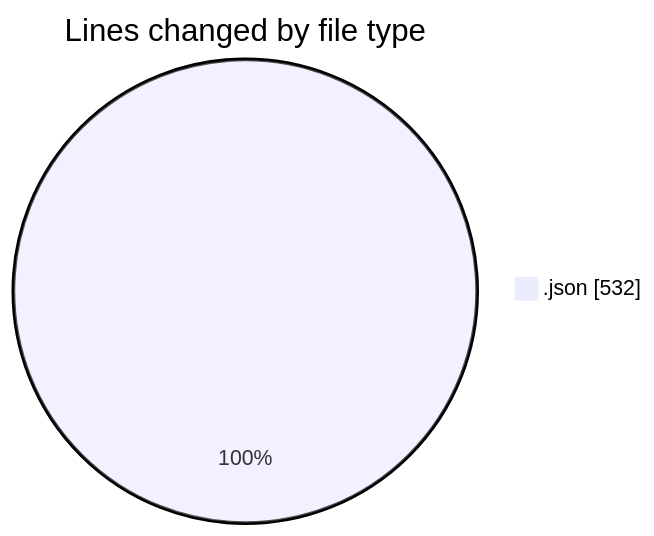
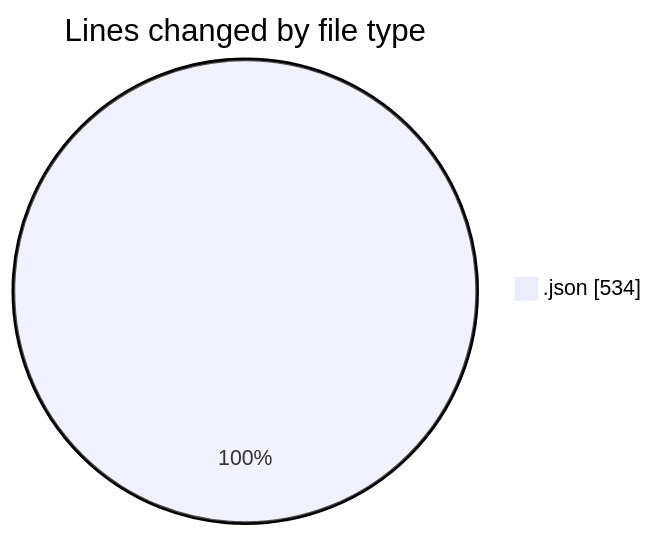
The first of 2 diagrams in 2025-07-28/bella/README.md (EIIisD/code-tracking), drawn with Mermaid before and after one commit. The commit also changed other lines of this file and 1 other file, not shown here.

````diff
--- a/2025-07-28/bella/README.md
+++ b/2025-07-28/bella/README.md
@@ -20,5 +20,5 @@
 ```mermaid
 pie showData
 title Lines changed by file type
-".json" : 532
+".json" : 534
 ```
````
